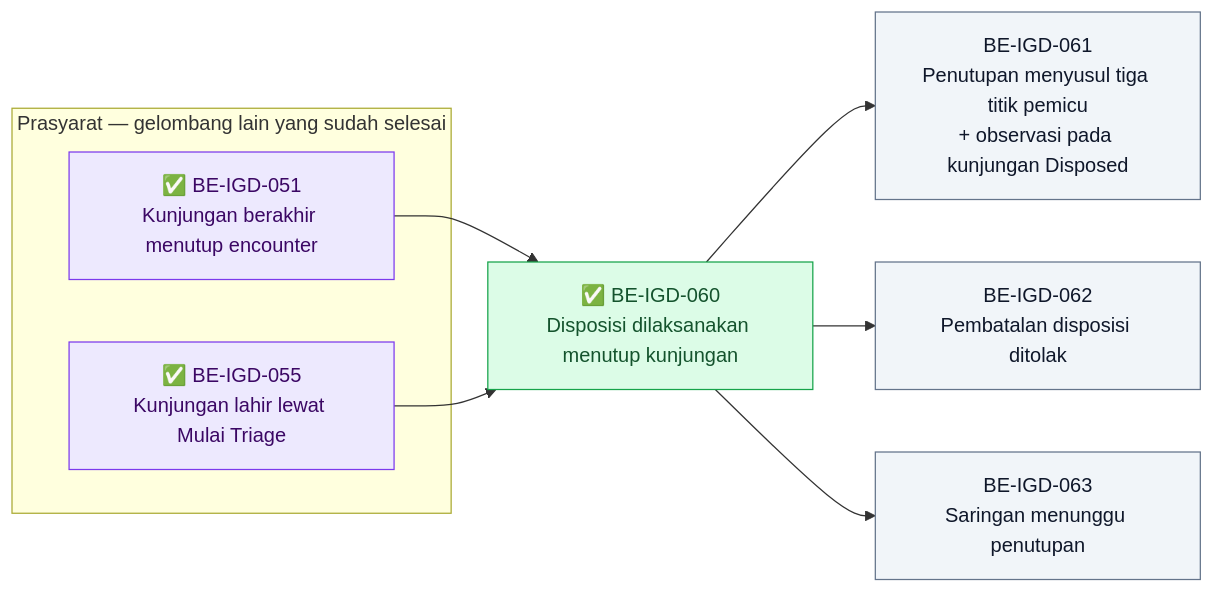
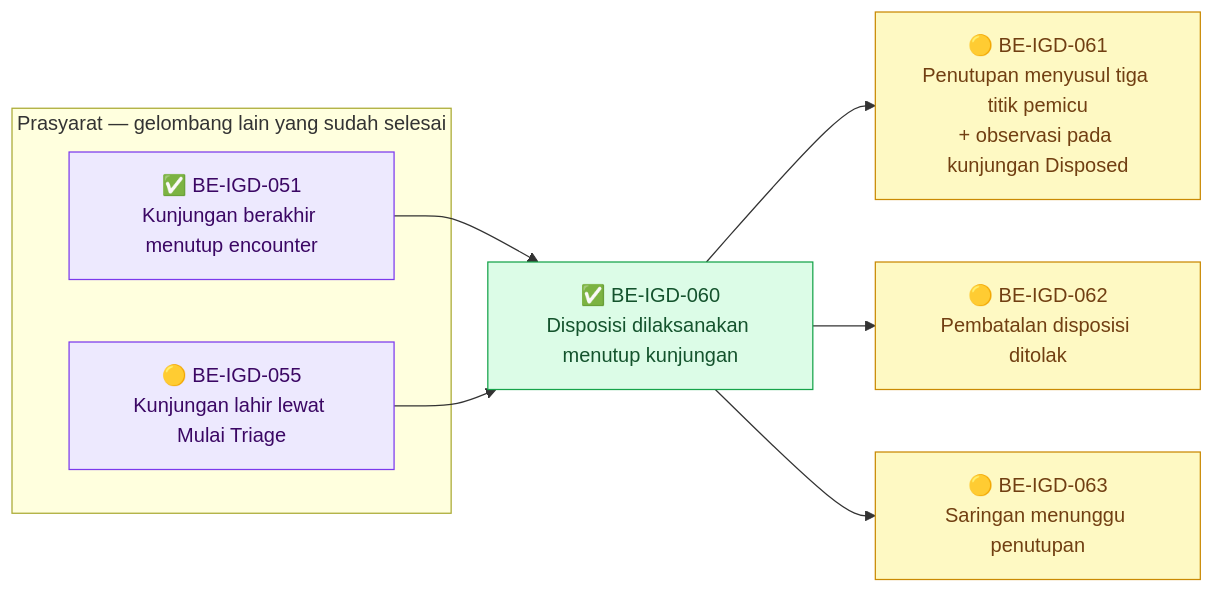
Diagram 12 of 12 in docs/module-blueprints/igd/roadmap/backend-roadmap.md (DevBenari/NewQuilvianSystemBackend), drawn with Mermaid before and after one commit. The commit also changed other lines of this file and 39 other files, not shown here.

Commit message:
finishing pendaftaran igd until triage

````diff
--- a/docs/module-blueprints/igd/roadmap/backend-roadmap.md
+++ b/docs/module-blueprints/igd/roadmap/backend-roadmap.md
@@ -2754,24 +2754,24 @@
 ```mermaid
 flowchart LR
     classDef selesai fill:#DCFCE7,stroke:#16A34A,color:#14532D
     classDef sebagian fill:#FEF9C3,stroke:#CA8A04,color:#713F12
     classDef terblokir fill:#FEE2E2,stroke:#DC2626,color:#7F1D1D
     classDef belum fill:#F1F5F9,stroke:#64748B,color:#0F172A
     classDef luar fill:#EDE9FE,stroke:#7C3AED,color:#3B0764
 
     subgraph prasyarat14["Prasyarat — gelombang lain yang sudah selesai"]
         BEIGD051X["✅ BE-IGD-051<br/>Kunjungan berakhir menutup encounter"]:::luar
-        BEIGD055X["✅ BE-IGD-055<br/>Kunjungan lahir lewat Mulai Triage"]:::luar
+        BEIGD055X["🟡 BE-IGD-055<br/>Kunjungan lahir lewat Mulai Triage"]:::luar
     end
 
     BEIGD060["✅ BE-IGD-060<br/>Disposisi dilaksanakan menutup kunjungan"]:::selesai
-    BEIGD061["BE-IGD-061<br/>Penutupan menyusul tiga titik pemicu<br/>+ observasi pada kunjungan Disposed"]:::belum
-    BEIGD062["BE-IGD-062<br/>Pembatalan disposisi ditolak"]:::belum
-    BEIGD063["BE-IGD-063<br/>Saringan menunggu penutupan"]:::belum
+    BEIGD061["🟡 BE-IGD-061<br/>Penutupan menyusul tiga titik pemicu<br/>+ observasi pada kunjungan Disposed"]:::sebagian
+    BEIGD062["🟡 BE-IGD-062<br/>Pembatalan disposisi ditolak"]:::sebagian
+    BEIGD063["🟡 BE-IGD-063<br/>Saringan menunggu penutupan"]:::sebagian
 
     BEIGD051X --> BEIGD060
     BEIGD055X --> BEIGD060
     BEIGD060 --> BEIGD061
     BEIGD060 --> BEIGD062
     BEIGD060 --> BEIGD063
 ```
````
